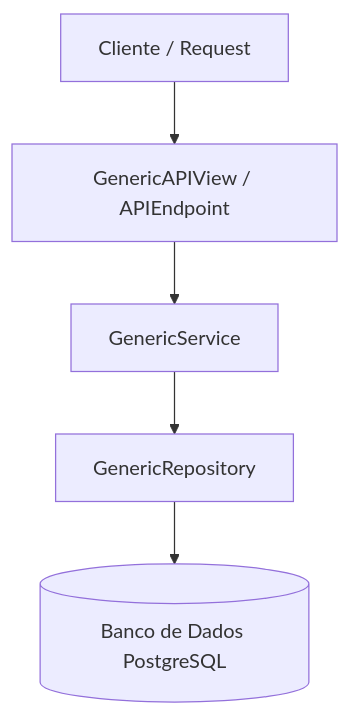
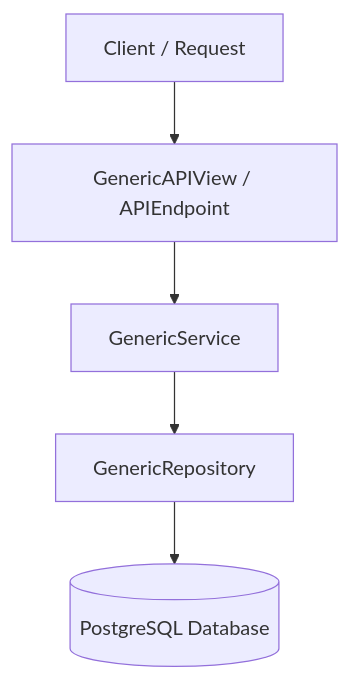
One commit to jccarlosjr/fastapi-architecture changed the diagram in DOCUMENTATION.md. Above: the diagram before and after it, drawn with Mermaid. The commit also changed other lines of this file and 3 other files, not shown here.

````diff
--- a/DOCUMENTATION.md
+++ b/DOCUMENTATION.md
@@ -11,7 +13,7 @@
 ```mermaid
 graph TD
-    Client[Cliente / Request] --> View[GenericAPIView / APIEndpoint]
+    Client[Client / Request] --> View[GenericAPIView / APIEndpoint]
     View --> Service[GenericService]
     Service --> Repository[GenericRepository]
-    Repository --> DB[(Banco de Dados PostgreSQL)]
+    Repository --> DB[(PostgreSQL Database)]
 ```
````
